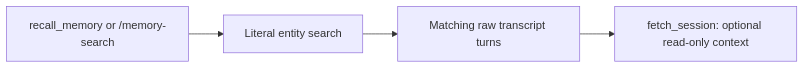
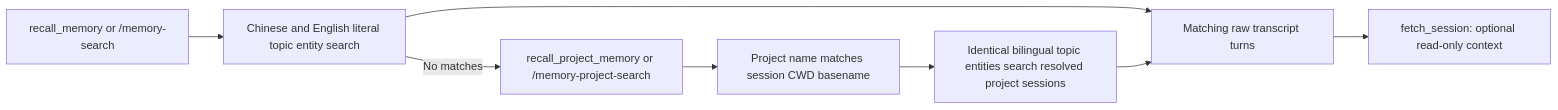
Before and after one commit to shengxiao20/pi-session-memory: the second of 2 diagrams in docs/feature-map.md, drawn with Mermaid. The commit also changed other lines of this file and 11 other files, not shown here.

````diff
--- a/docs/feature-map.md
+++ b/docs/feature-map.md
@@ -19,6 +19,10 @@
 ```mermaid
 flowchart LR
-    Request[recall_memory or /memory-search] --> Search[Literal entity search]
+    Request[recall_memory or /memory-search] --> Search[Chinese and English literal topic entity search]
     Search --> Raw[Matching raw transcript turns]
+    Search -->|No matches| ProjectRequest[recall_project_memory or /memory-project-search]
+    ProjectRequest --> Resolve[Project name matches session CWD basename]
+    Resolve --> ScopedSearch[Identical bilingual topic entities search resolved project sessions]
+    ScopedSearch --> Raw
     Raw --> Fetch[fetch_session: optional read-only context]
 ```
````
